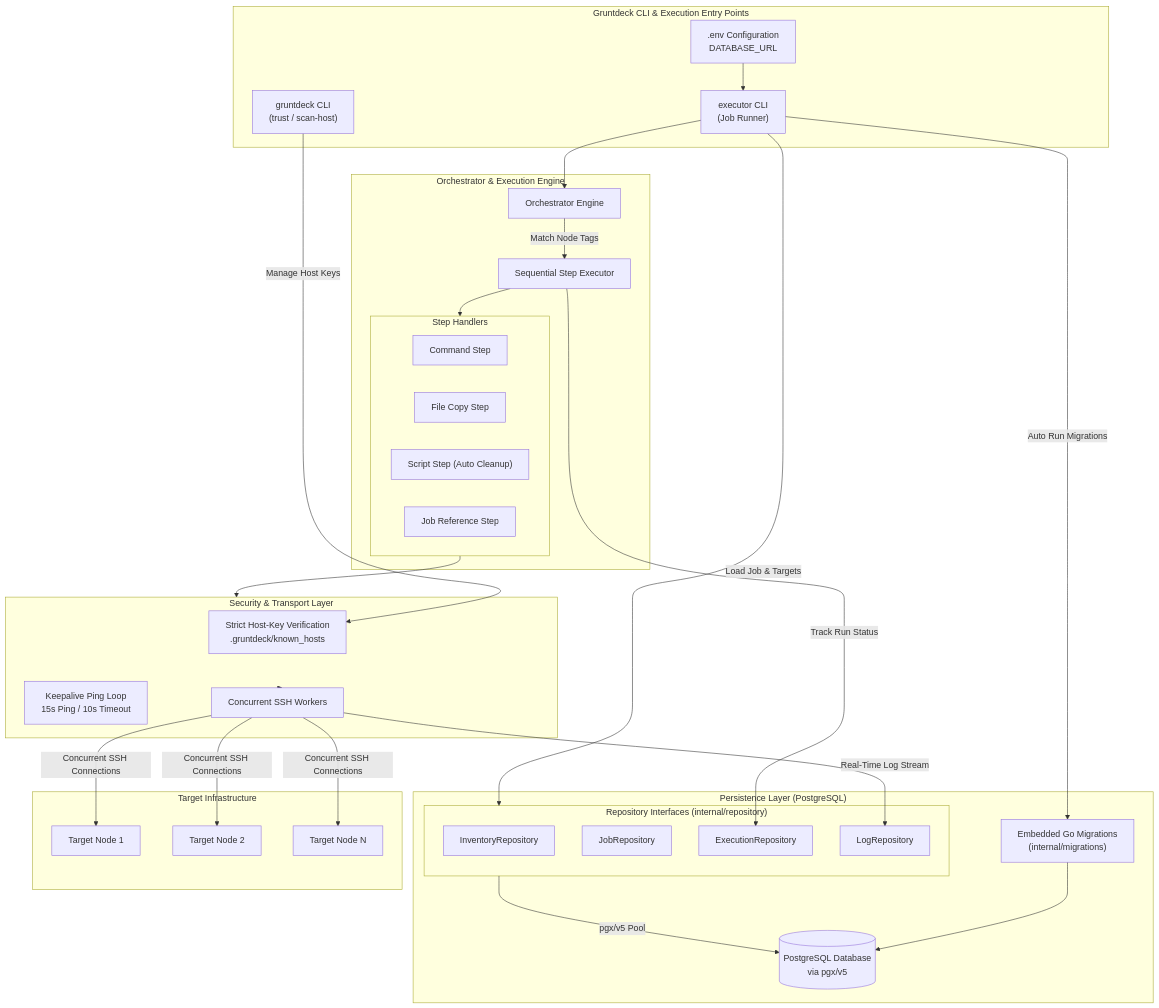
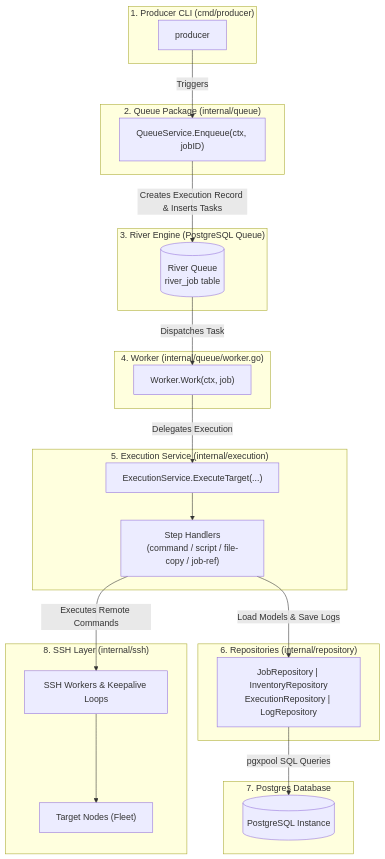
One commit to Thundercloud12/gruntdeck changed the diagram in README.md. Above: the diagram before and after it, drawn with Mermaid. The commit also changed other lines of this file and 10 other files, not shown here.

Commit message:
feat: implement distributed job execution using River queue with dedicated producer and worker services

````diff
--- a/README.md
+++ b/README.md
@@ -11,67 +38,47 @@
 ```mermaid
 flowchart TD
-    subgraph CLI ["Gruntdeck CLI & Execution Entry Points"]
-        GT["gruntdeck CLI<br/>(trust / scan-host)"]
-        EX["executor CLI<br/>(Job Runner)"]
-        ENV[".env Configuration<br/>DATABASE_URL"]
+    subgraph Layer1 ["1. Producer CLI (cmd/producer)"]
+        PROD["producer <job-id>"]
     end
 
-    subgraph Storage ["Persistence Layer (PostgreSQL)"]
-        PG[(PostgreSQL Database<br/>via pgx/v5)]
-        MIG["Embedded Go Migrations<br/>(internal/migrations)"]
-
-        subgraph Repos ["Repository Interfaces (internal/repository)"]
-            IR[InventoryRepository]
-            JR[JobRepository]
-            ER[ExecutionRepository]
-            LR[LogRepository]
-        end
+    subgraph Layer2 ["2. Queue Package (internal/queue)"]
+        QS["QueueService.Enqueue(ctx, jobID)"]
     end
 
-    subgraph Engine ["Orchestrator & Execution Engine"]
-        ORCH[Orchestrator Engine]
-        EXEC[Sequential Step Executor]
-        
-        subgraph StepTypes ["Step Handlers"]
-            ST_CMD["Command Step"]
-            ST_FILE["File Copy Step"]
-            ST_SCR["Script Step (Auto Cleanup)"]
-            ST_REF["Job Reference Step"]
-        end
+    subgraph Layer3 ["3. River Engine (PostgreSQL Queue)"]
+        RIVER[("River Queue<br/>river_job table")]
     end
 
-    subgraph Security ["Security & Transport Layer"]
-        KH[Strict Host-Key Verification<br/>.gruntdeck/known_hosts]
-        KA[Keepalive Ping Loop<br/>15s Ping / 10s Timeout]
-        SSH[Concurrent SSH Workers]
+    subgraph Layer4 ["4. Worker (internal/queue/worker.go)"]
+        WORKER["Worker.Work(ctx, job)"]
     end
 
-    subgraph Fleet ["Target Infrastructure"]
-        N1[Target Node 1]
-        N2[Target Node 2]
-        N3[Target Node N]
+    subgraph Layer5 ["5. Execution Service (internal/execution)"]
+        EXEC_SERVICE["ExecutionService.ExecuteTarget(...)"]
+        STEPS["Step Handlers<br/>(command / script / file-copy / job-ref)"]
+    end
+
+    subgraph Layer6 ["6. Repositories (internal/repository)"]
+        REPOS["JobRepository | InventoryRepository<br/>ExecutionRepository | LogRepository"]
+    end
+
+    subgraph Layer7 ["7. Postgres Database"]
+        PG[(PostgreSQL Instance)]
+    end
+
+    subgraph Layer8 ["8. SSH Layer (internal/ssh)"]
+        SSH_CLIENT["SSH Workers & Keepalive Loops"]
+        FLEET["Target Nodes (Fleet)"]
     end
 
     %% Flow Connections
-    ENV --> EX
-    EX -->|Auto Run Migrations| MIG
-    MIG --> PG
-    EX -->|Load Job & Targets| Repos
-    GT -->|Manage Host Keys| KH
-    
-    Repos -->|pgx/v5 Pool| PG
-
-    EX --> ORCH
-    ORCH -->|Match Node Tags| EXEC
-    EXEC --> StepTypes
-
-    StepTypes --> Security
-    Security --> SSH
-
-    SSH -->|Concurrent SSH Connections| N1
-    SSH -->|Concurrent SSH Connections| N2
-    SSH -->|Concurrent SSH Connections| N3
-
-    SSH -->|Real-Time Log Stream| LR
-    EXEC -->|Track Run Status| ER
+    PROD -->|Triggers| QS
+    QS -->|Creates Execution Record & Inserts Tasks| RIVER
+    RIVER -->|Dispatches Task| WORKER
+    WORKER -->|Delegates Execution| EXEC_SERVICE
+    EXEC_SERVICE --> STEPS
+    STEPS -->|Load Models & Save Logs| REPOS
+    REPOS -->|pgxpool SQL Queries| PG
+    STEPS -->|Executes Remote Commands| SSH_CLIENT
+    SSH_CLIENT --> FLEET
 ```
````
